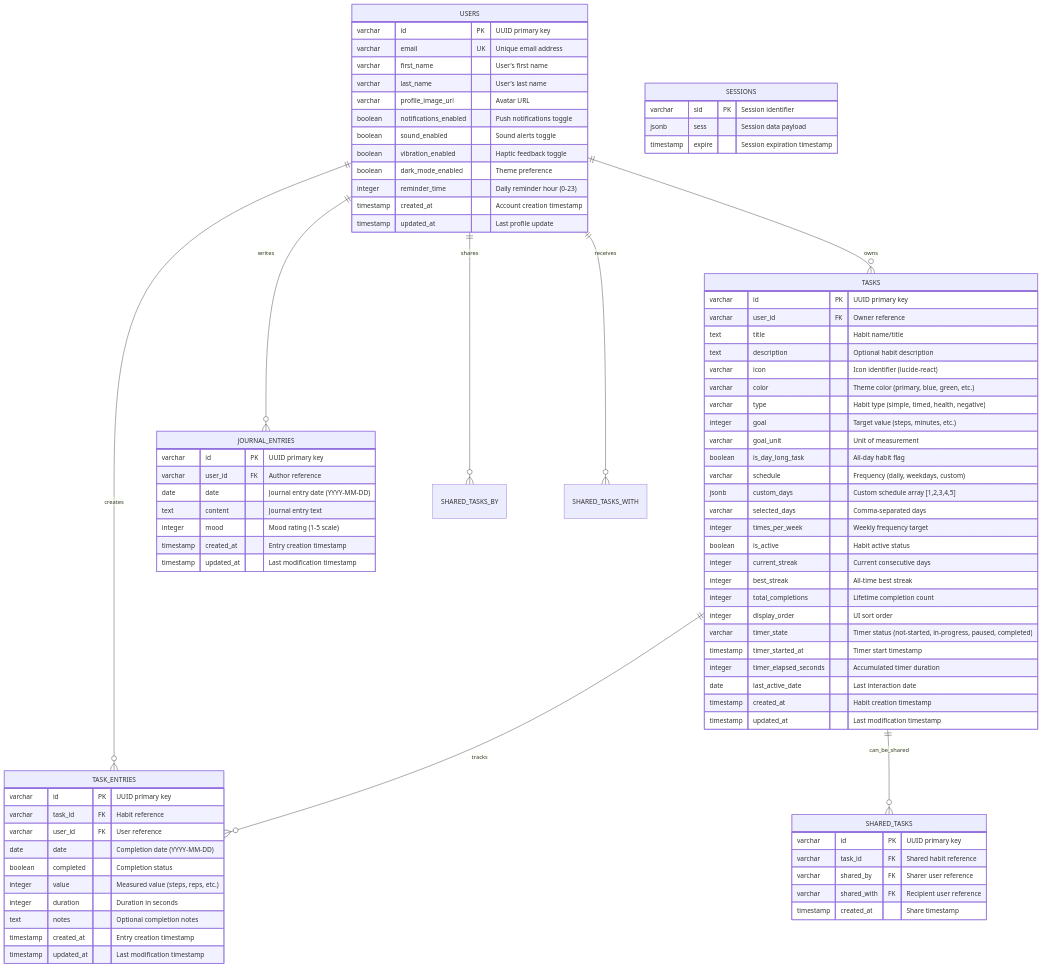
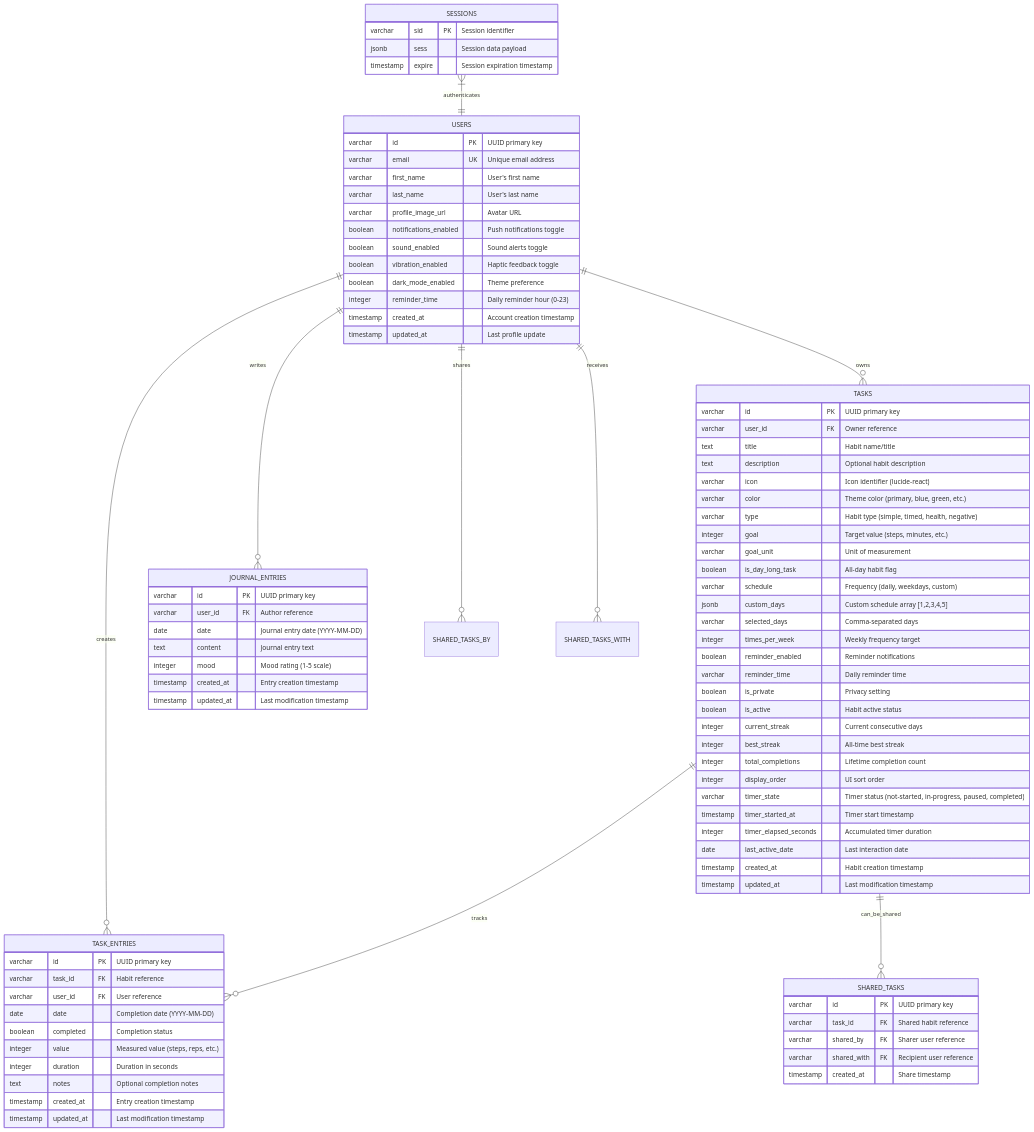
The first of 12 diagrams in README.md (abinmt/Momentum), drawn with Mermaid before and after one commit. The commit also changed other lines of this file and 1 other file, not shown here.

First line of the commit message:
Add technical diagrams to project documentation

```diff
--- a/README.md
+++ b/README.md
@@ -264,6 +264,7 @@
     USERS ||--o{ SHARED_TASKS_WITH : receives
     TASKS ||--o{ TASK_ENTRIES : tracks
     TASKS ||--o{ SHARED_TASKS : can_be_shared
+    SESSIONS }|--|| USERS : authenticates
 
     USERS {
         varchar id PK "UUID primary key"
@@ -295,6 +296,9 @@
         jsonb custom_days "Custom schedule array [1,2,3,4,5]"
         varchar selected_days "Comma-separated days"
         integer times_per_week "Weekly frequency target"
+        boolean reminder_enabled "Reminder notifications"
+        varchar reminder_time "Daily reminder time"
+        boolean is_private "Privacy setting"
         boolean is_active "Habit active status"
         integer current_streak "Current consecutive days"
         integer best_streak "All-time best streak"
```
